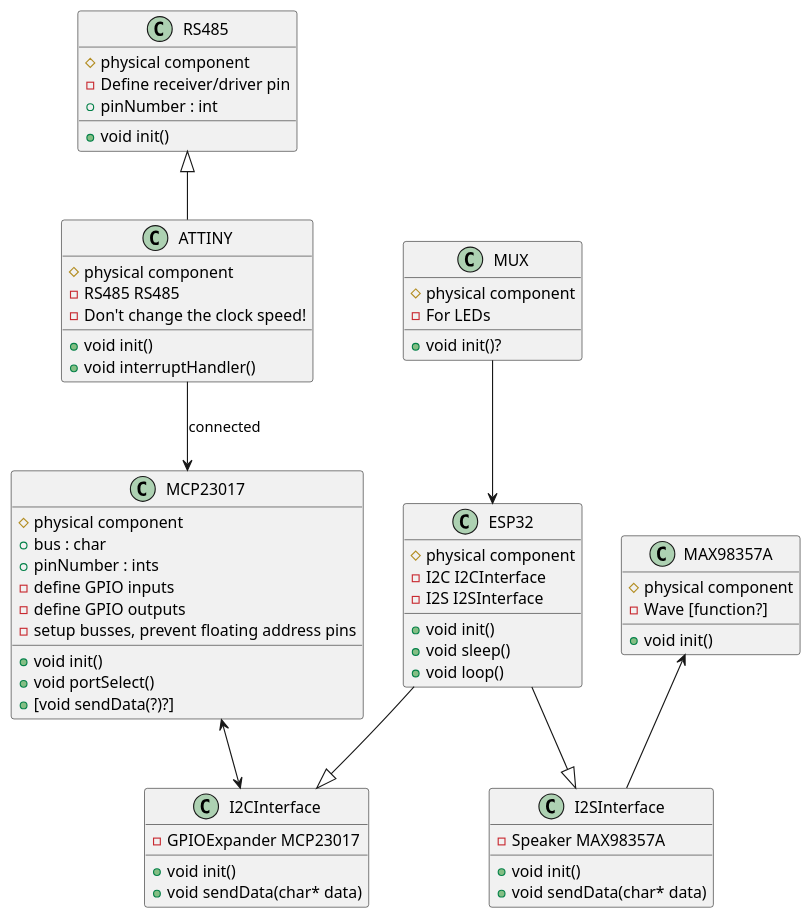
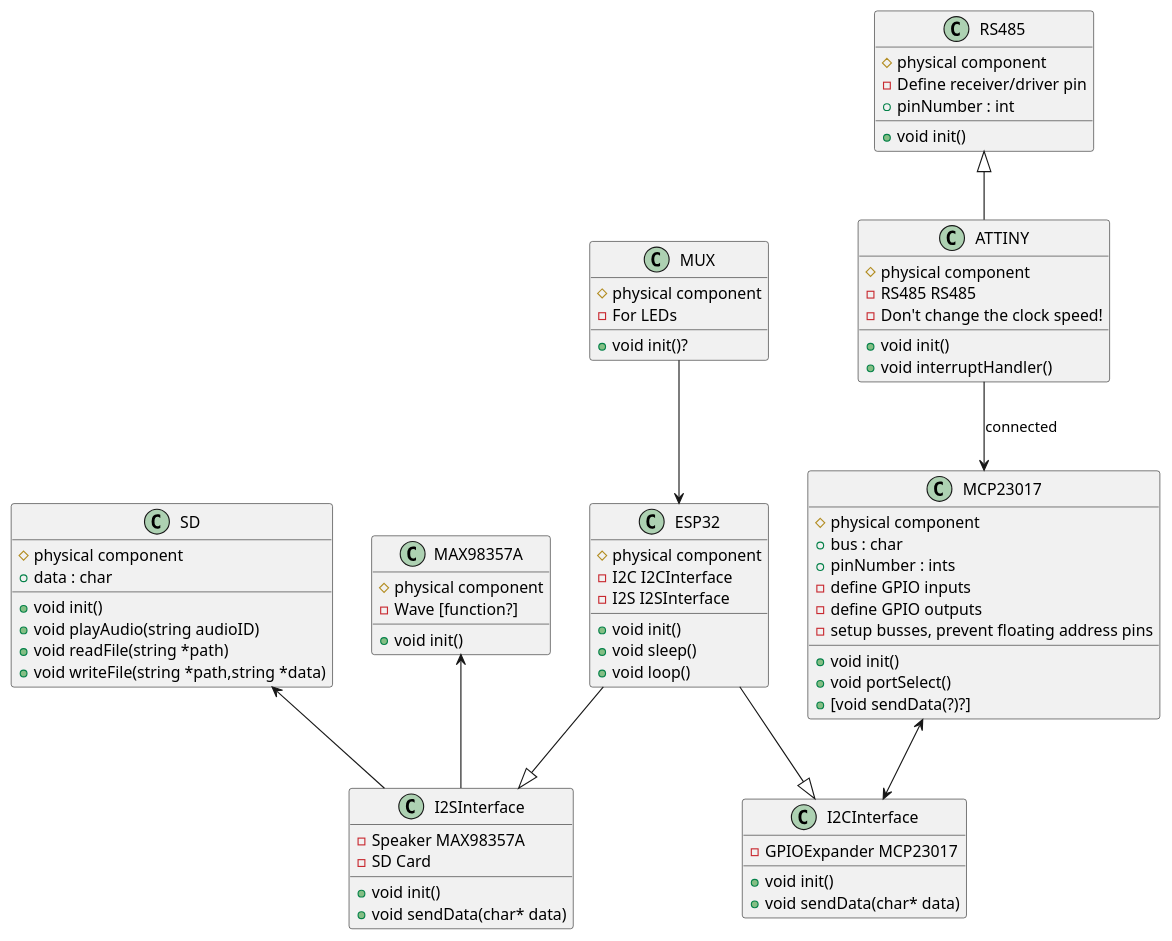
Before and after one commit to nathe6/ENGR696-Braille: the diagram in Braille_Project/main/I2C.puml, drawn with PlantUML. The commit also changed 34 other files, not shown here.

```diff
--- a/Braille_Project/main/I2C.puml
+++ b/Braille_Project/main/I2C.puml
@@ -1,77 +1,88 @@
 @startuml ESP32
 
 together {
 
     class ESP32 {
         # physical component
         - I2C I2CInterface
         - I2S I2SInterface
         + void init()
         + void sleep()
         + void loop()
     }
 
     class I2CInterface {
         - GPIOExpander MCP23017
         + void init()
         + void sendData(char* data)
     }
 
     class I2SInterface {
         - Speaker MAX98357A
+        - SD Card
         + void init()
         + void sendData(char* data)
     }
 
     class ATTINY {
         # physical component
         - RS485 RS485
         - Don't change the clock speed!
         + void init()
         + void interruptHandler()
         
     }
 
     class RS485 {
         # physical component
         - Define receiver/driver pin
         + pinNumber : int
         + void init()
     }
 
     class MCP23017 {
         # physical component
         + bus : char
         + pinNumber : ints
         - define GPIO inputs
         - define GPIO outputs
         - setup busses, prevent floating address pins
         + void init()
         + void portSelect()
         + [void sendData(?)?]
 
     }
 
     class MAX98357A {
         # physical component
         - Wave [function?]
         + void init()
     }
 
+    class SD {
+        # physical component
+        + data : char
+        + void init()
+        + void playAudio(string audioID)
+        + void readFile(string *path)
+        + void writeFile(string *path,string *data)
+    }
+
     class MUX {
         # physical component
         - For LEDs
         + void init()?
     }
 
     ESP32 --|> I2CInterface
     ESP32 --|> I2SInterface
     MCP23017 <--> I2CInterface
     ATTINY --> MCP23017 : connected 
     RS485 <|-- ATTINY
     MAX98357A <-- I2SInterface
+    SD <-- I2SInterface
     MUX --> ESP32
 
 }
 
 @enduml
```
